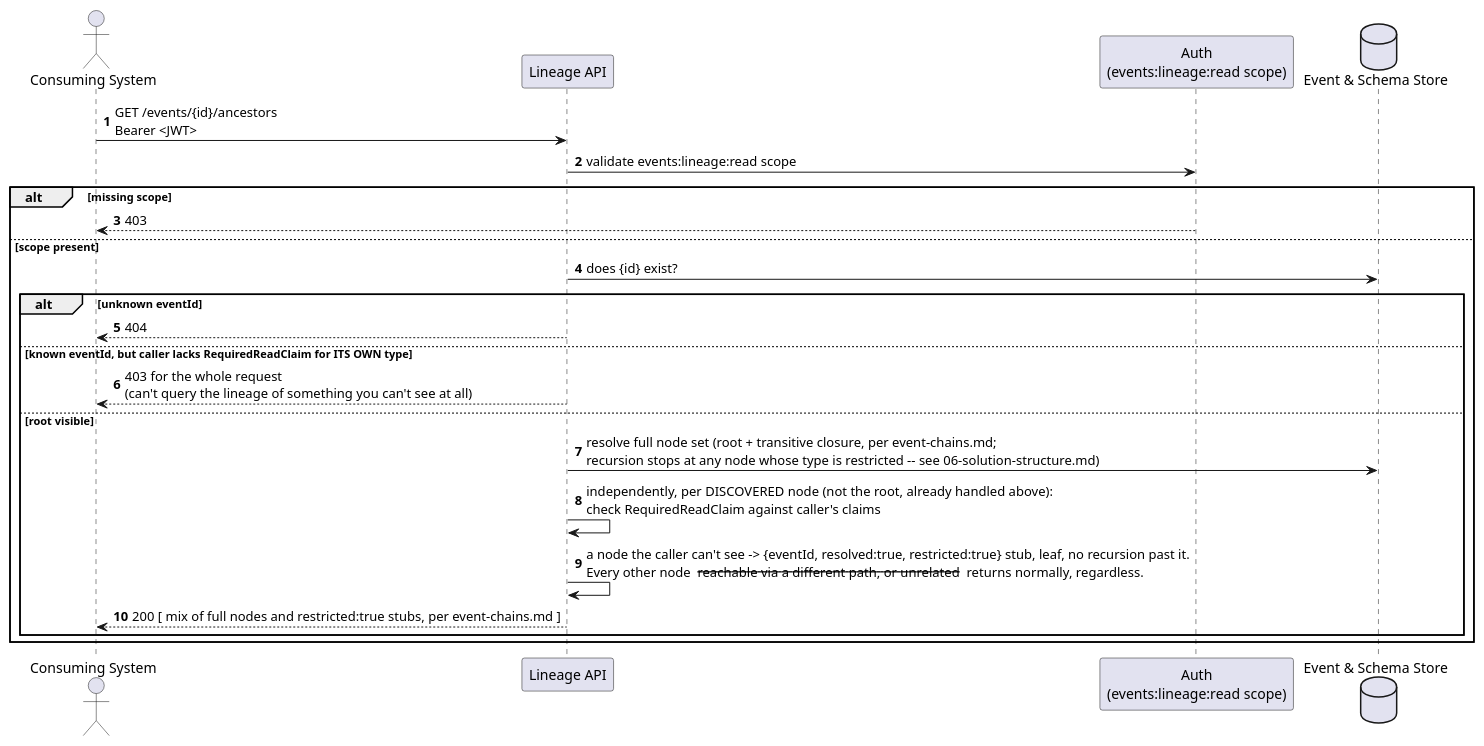
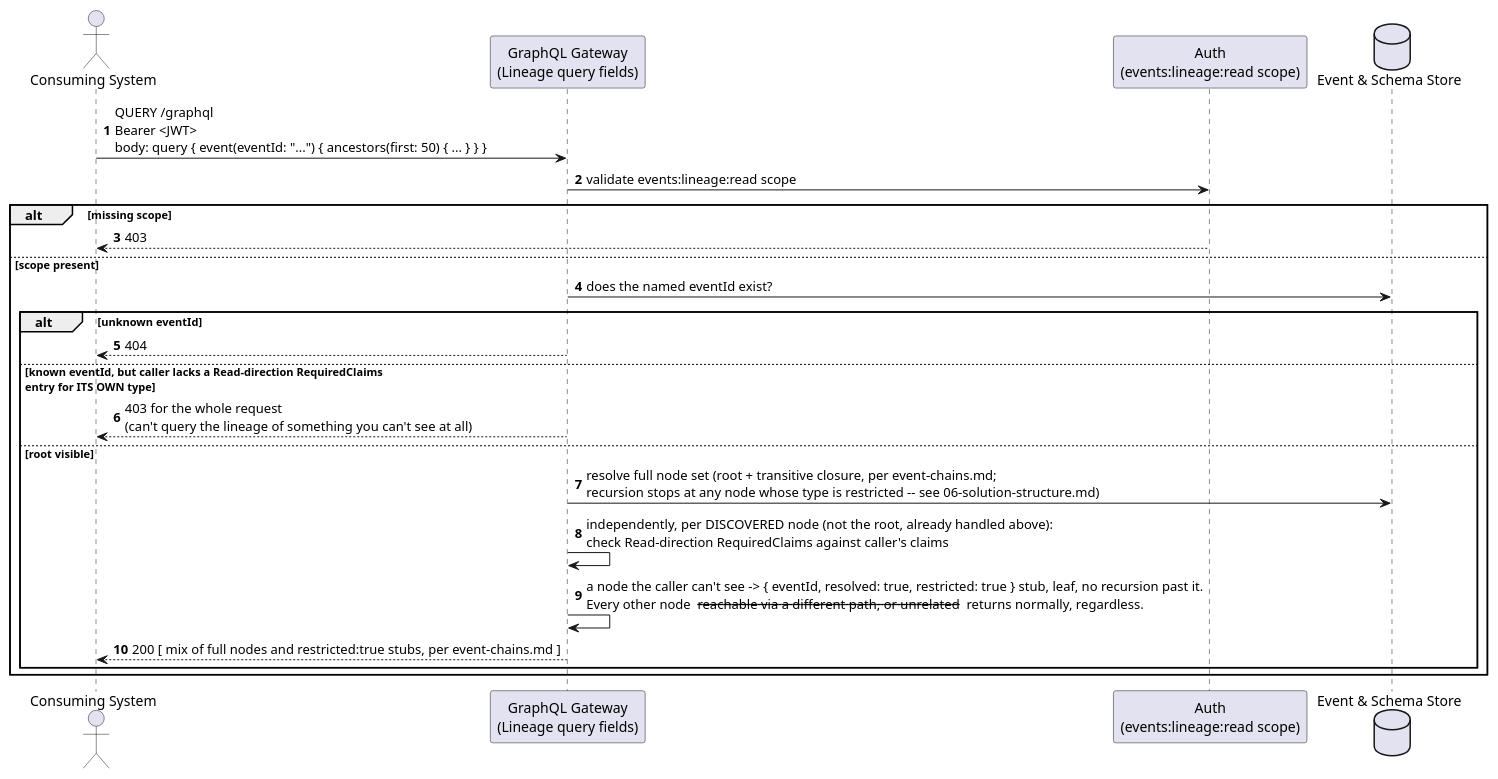
One commit to Mwwhited-BookLearning/EventSourcing changed the third of 4 diagrams in docs/features/event-security.md. Above: the diagram before and after it, drawn with PlantUML. The commit also changed other lines of this file and 37 other files, not shown here.

````diff
--- a/docs/features/event-security.md
+++ b/docs/features/event-security.md
@@ -77,27 +80,27 @@
 ```plantuml
 @startuml EventSecurity_Lineage_Sequence
 autonumber
 actor "Consuming System" as client
-participant "Lineage API" as endpoint
+participant "GraphQL Gateway\n(Lineage query fields)" as gateway
 participant "Auth\n(events:lineage:read scope)" as scopeAuth
 database "Event & Schema Store" as db
 
-client -> endpoint: GET /events/{id}/ancestors\nBearer <JWT>
-endpoint -> scopeAuth: validate events:lineage:read scope
+client -> gateway: QUERY /graphql\nBearer <JWT>\nbody: query { event(eventId: "...") { ancestors(first: 50) { ... } } }
+gateway -> scopeAuth: validate events:lineage:read scope
 alt missing scope
   scopeAuth --> client: 403
 else scope present
-  endpoint -> db: does {id} exist?
+  gateway -> db: does the named eventId exist?
   alt unknown eventId
-    endpoint --> client: 404
-  else known eventId, but caller lacks RequiredReadClaim for ITS OWN type
-    endpoint --> client: 403 for the whole request\n(can't query the lineage of something you can't see at all)
+    gateway --> client: 404
+  else known eventId, but caller lacks a Read-direction RequiredClaims\nentry for ITS OWN type
+    gateway --> client: 403 for the whole request\n(can't query the lineage of something you can't see at all)
   else root visible
-    endpoint -> db: resolve full node set (root + transitive closure, per event-chains.md;\nrecursion stops at any node whose type is restricted -- see 06-solution-structure.md)
-    endpoint -> endpoint: independently, per DISCOVERED node (not the root, already handled above):\ncheck RequiredReadClaim against caller's claims
-    endpoint -> endpoint: a node the caller can't see -> {eventId, resolved:true, restricted:true} stub, leaf, no recursion past it.\nEvery other node -- reachable via a different path, or unrelated -- returns normally, regardless.
-    endpoint --> client: 200 [ mix of full nodes and restricted:true stubs, per event-chains.md ]
+    gateway -> db: resolve full node set (root + transitive closure, per event-chains.md;\nrecursion stops at any node whose type is restricted -- see 06-solution-structure.md)
+    gateway -> gateway: independently, per DISCOVERED node (not the root, already handled above):\ncheck Read-direction RequiredClaims against caller's claims
+    gateway -> gateway: a node the caller can't see -> { eventId, resolved: true, restricted: true } stub, leaf, no recursion past it.\nEvery other node -- reachable via a different path, or unrelated -- returns normally, regardless.
+    gateway --> client: 200 [ mix of full nodes and restricted:true stubs, per event-chains.md ]
   end
 end
 @enduml
 ```
````
